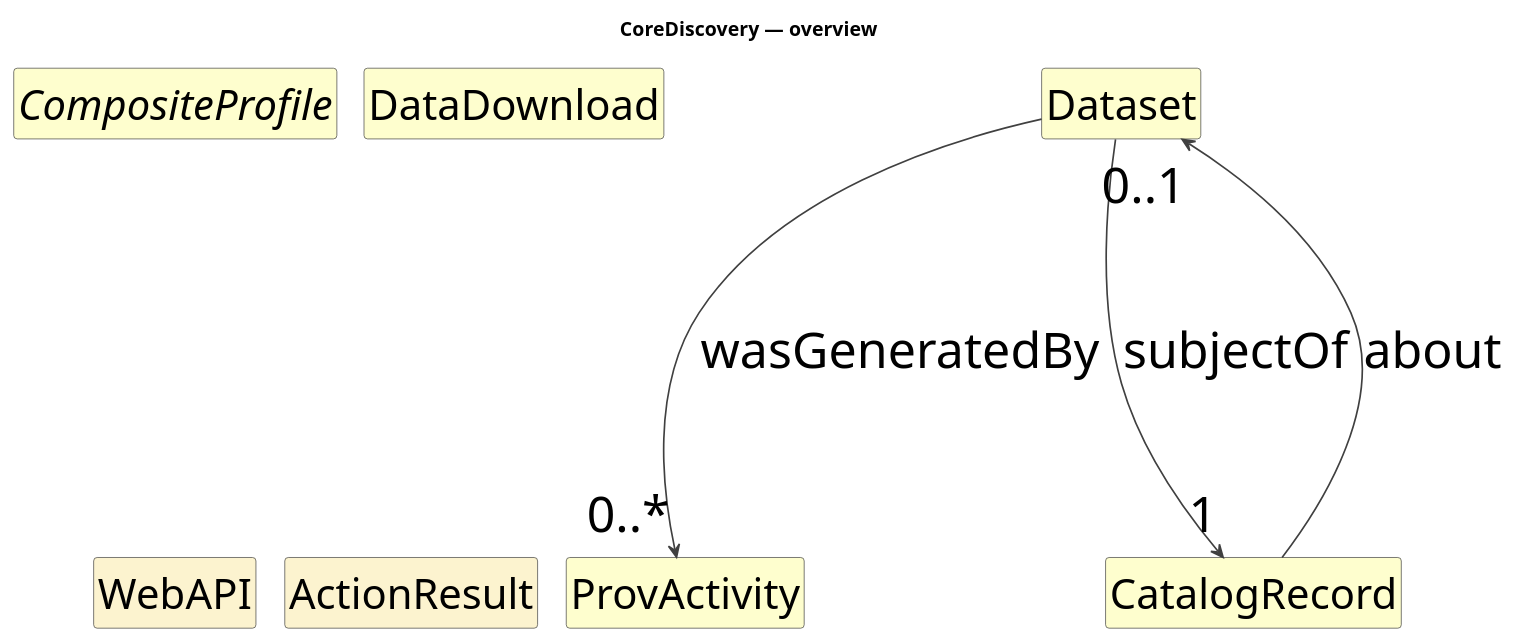
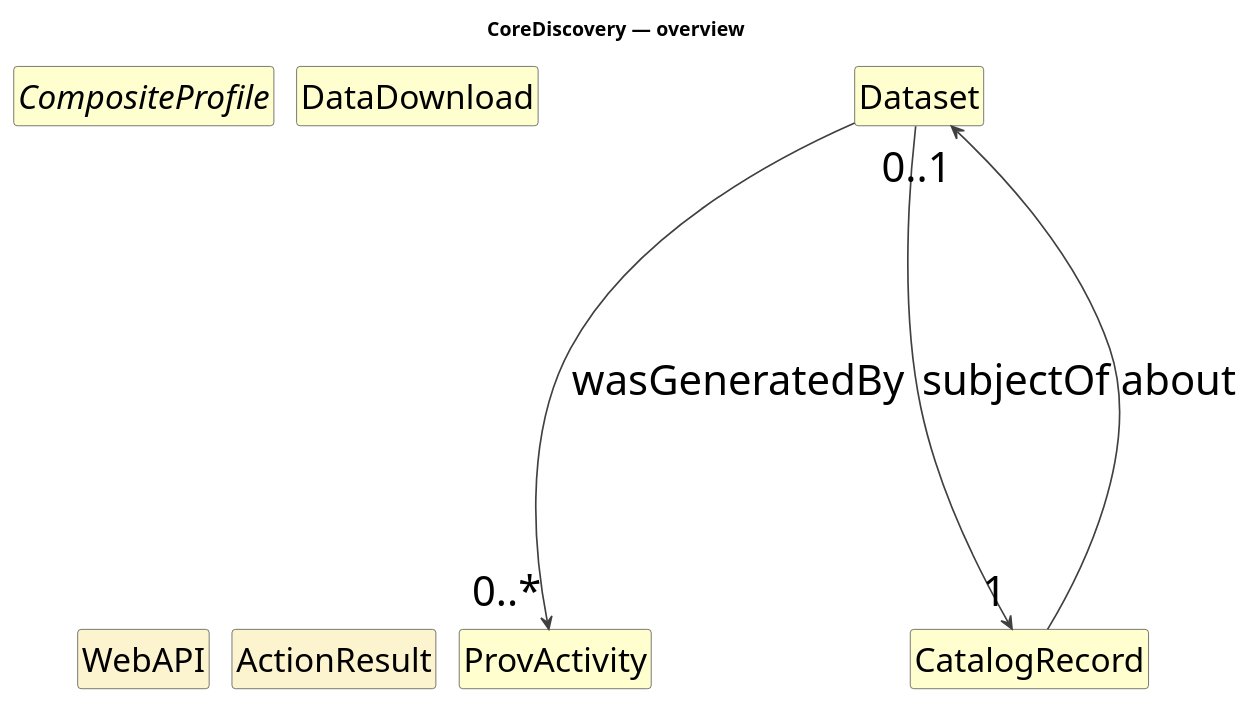
One commit to Cross-Domain-Interoperability-Framework/metadataBuildingBlocks changed the diagram in cdif-uml-model/CoreDiscovery/index.local.pu. Above: the diagram before and after it, drawn with PlantUML. The commit also changed 39 other files, not shown here.

First line of the commit message:
Auto-fit UML overview aspect ratios; relabel model browser index

```diff
--- a/cdif-uml-model/CoreDiscovery/index.local.pu
+++ b/cdif-uml-model/CoreDiscovery/index.local.pu
@@ -1,28 +1,28 @@
 @startuml
 title CoreDiscovery — overview
 hide circle
 hide empty members
 skinparam shadowing false
 skinparam ArrowThickness 1.2
-skinparam ranksep 250
-skinparam nodesep 20
-skinparam defaultFontSize 36
+skinparam ranksep 320
+skinparam nodesep 16
+skinparam defaultFontSize 30
 skinparam class {
   ArrowColor #404040
   BorderColor #404040
-  FontSize 36
-  AttributeFontSize 30
+  FontSize 30
+  AttributeFontSize 24
 }
 
 abstract class "CompositeProfile" as CompositeProfile #FEFECE
 class "Dataset" as Dataset #FEFECE
 class "DataDownload" as DataDownload #FEFECE
 class "WebAPI" as WebAPI #FCF3CF
 class "ActionResult" as ActionResult #FCF3CF
 class "ProvActivity" as ProvActivity #FEFECE
 class "CatalogRecord" as CatalogRecord #FEFECE
 Dataset --> "0..*" ProvActivity : wasGeneratedBy
 Dataset --> "1" CatalogRecord : subjectOf
 CatalogRecord --> "0..1" Dataset : about
 
 @enduml
```
